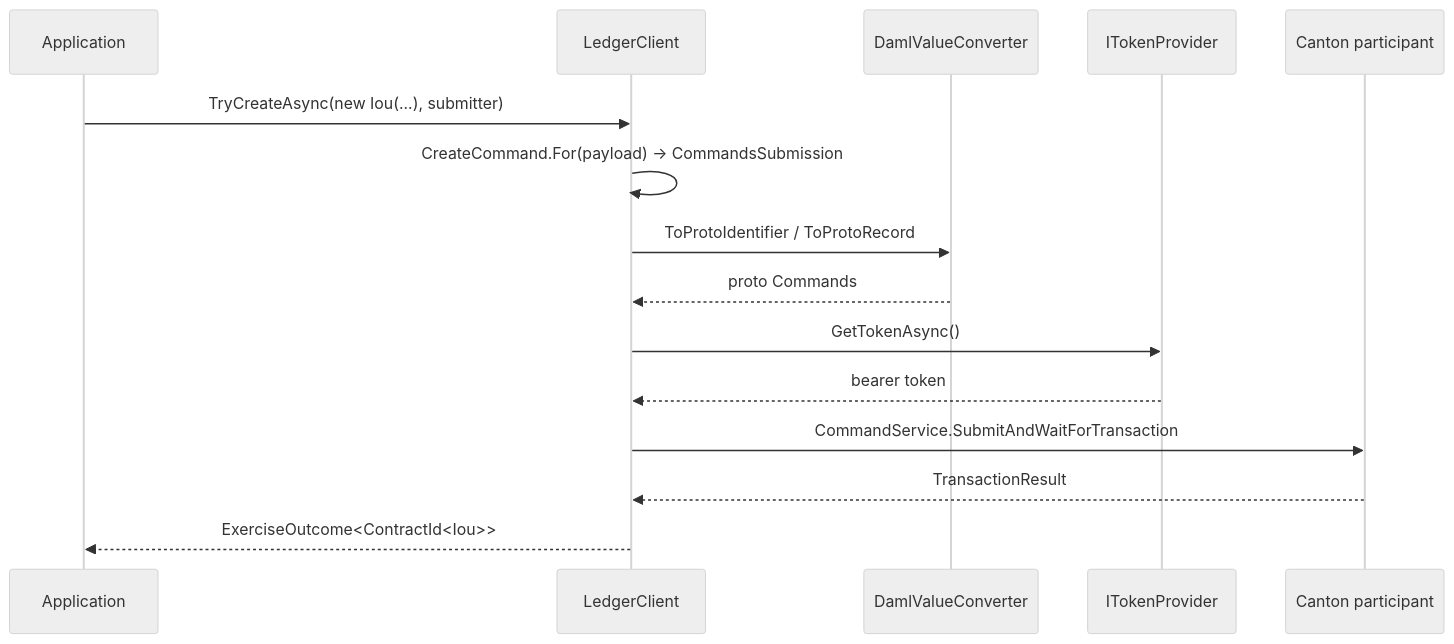
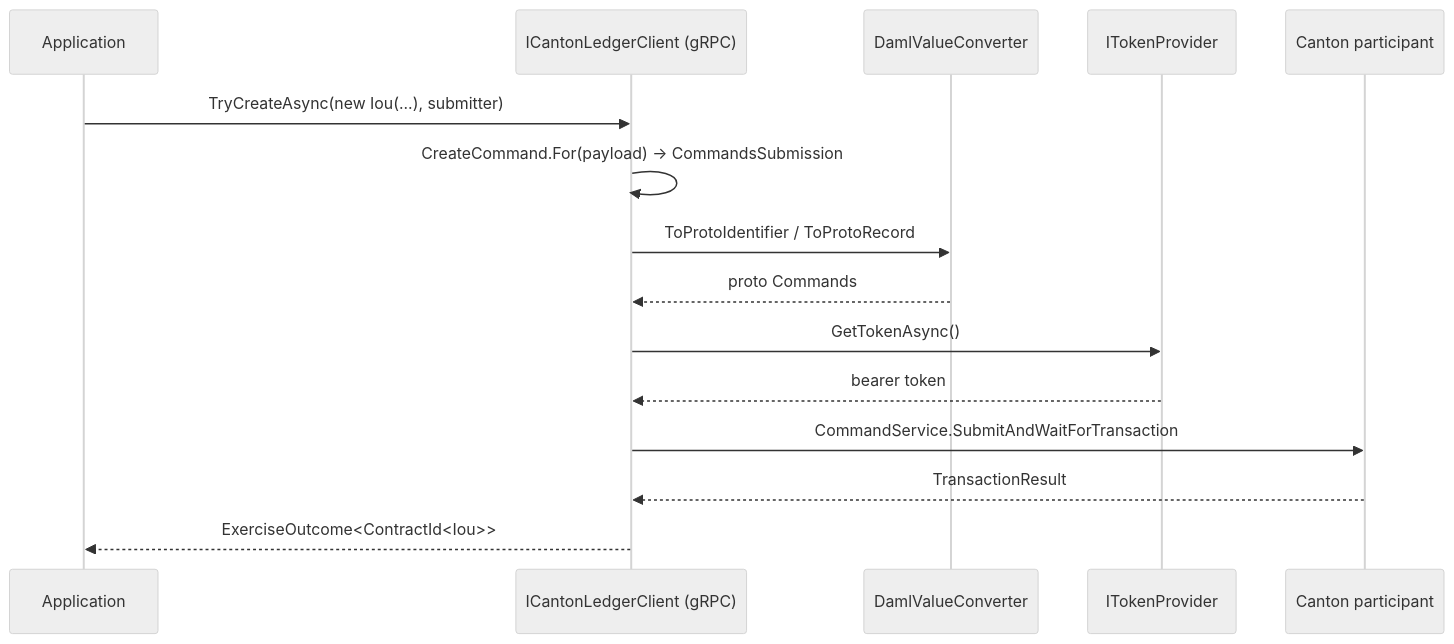
Before and after one commit to peacefulstudio/canton-dotnet-sdk: the fourth of 4 diagrams in docs/public/architecture-overview.md, drawn with Mermaid (neutral theme). The commit also changed other lines of this file and 221 other files, not shown here.

````diff
--- a/docs/public/architecture-overview.md
+++ b/docs/public/architecture-overview.md
@@ -153,18 +182,18 @@
 ```mermaid
 sequenceDiagram
     participant App as Application
-    participant LC as LedgerClient
+    participant LC as ICantonLedgerClient (gRPC)
     participant Conv as DamlValueConverter
     participant Auth as ITokenProvider
     participant Node as Canton participant
 
     App->>LC: TryCreateAsync(new Iou(...), submitter)
     LC->>LC: CreateCommand.For(payload) → CommandsSubmission
     LC->>Conv: ToProtoIdentifier / ToProtoRecord
     Conv-->>LC: proto Commands
     LC->>Auth: GetTokenAsync()
     Auth-->>LC: bearer token
     LC->>Node: CommandService.SubmitAndWaitForTransaction
     Node-->>LC: TransactionResult
     LC-->>App: ExerciseOutcome#60;ContractId#60;Iou#62;#62;
 ```
````
